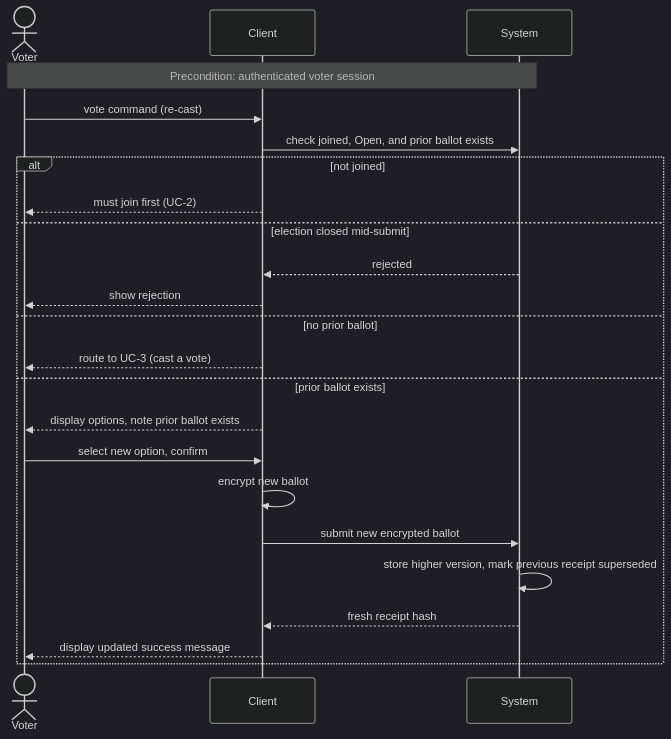
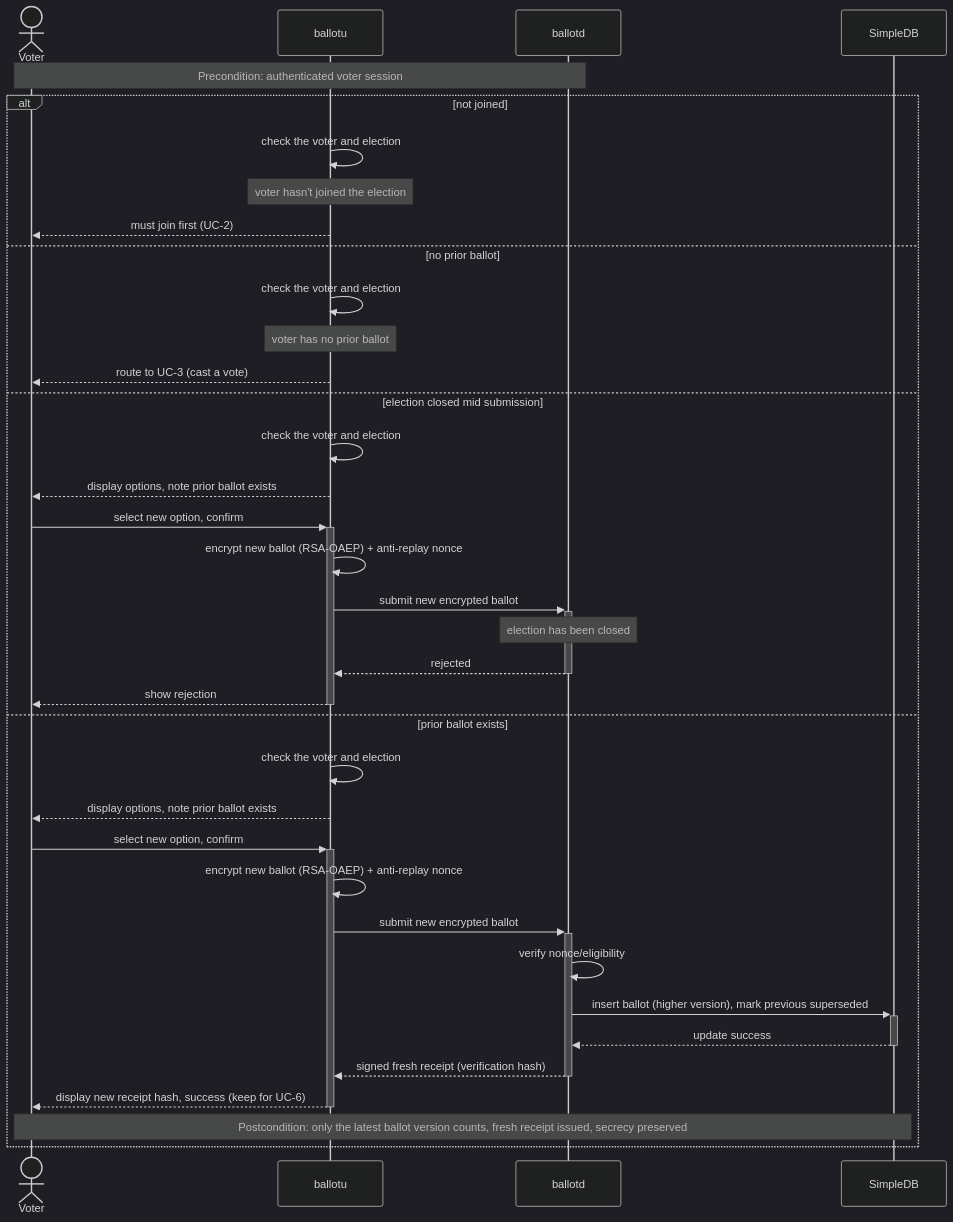
Before and after one commit to JediNakDev/ballotbox: the fifth of 8 diagrams in README.md, drawn with Mermaid (dark theme). The commit also changed other lines of this file, not shown here.

Commit message:
docs: architecture detail

````diff
--- a/README.md
+++ b/README.md
@@ -226,27 +281,40 @@
 ```mermaid
 sequenceDiagram
     actor Voter
-    participant Client
-    participant System
+    participant ballotu
+    participant ballotd
+    participant SimpleDB
 
-    note over Voter,System: Precondition: authenticated voter session
+    note over Voter,ballotd: Precondition: authenticated voter session
 
-    Voter->>Client: vote command (re-cast)
-    Client->>System: check joined, Open, and prior ballot exists
     alt not joined
-        Client-->>Voter: must join first (UC-2)
-    else election closed mid-submit
-        System-->>Client: rejected
-        Client-->>Voter: show rejection
+        ballotu->>ballotu: check the voter and election
+        note over ballotu: voter hasn't joined the election
+        ballotu-->>Voter: must join first (UC-2)
     else no prior ballot
-        Client-->>Voter: route to UC-3 (cast a vote)
+        ballotu->>ballotu: check the voter and election
+        note over ballotu: voter has no prior ballot
+        ballotu-->>Voter: route to UC-3 (cast a vote)
+    else election closed mid submission
+        ballotu->>ballotu: check the voter and election
+        ballotu-->>Voter: display options, note prior ballot exists
+        Voter->>+ballotu: select new option, confirm
+        ballotu->>ballotu: encrypt new ballot (RSA-OAEP) + anti-replay nonce
+        ballotu->>+ballotd: submit new encrypted ballot
+        note over ballotd: election has been closed
+        ballotd-->>-ballotu: rejected
+        ballotu-->>-Voter: show rejection
     else prior ballot exists
-        Client-->>Voter: display options, note prior ballot exists
-        Voter->>Client: select new option, confirm
-        Client->>Client: encrypt new ballot
-        Client->>System: submit new encrypted ballot
-        System->>System: store higher version, mark previous receipt superseded
-        System-->>Client: fresh receipt hash
-        Client-->>Voter: display updated success message
+        ballotu->>ballotu: check the voter and election
+        ballotu-->>Voter: display options, note prior ballot exists
+        Voter->>+ballotu: select new option, confirm
+        ballotu->>ballotu: encrypt new ballot (RSA-OAEP) + anti-replay nonce
+        ballotu->>+ballotd: submit new encrypted ballot
+        ballotd->>ballotd: verify nonce/eligibility
+        ballotd->>+SimpleDB: insert ballot (higher version), mark previous superseded
+        SimpleDB-->>-ballotd: update success
+        ballotd-->>-ballotu: signed fresh receipt (verification hash)
+        ballotu-->>-Voter: display new receipt hash, success (keep for UC-6)
+        note over Voter,SimpleDB: Postcondition: only the latest ballot version counts, fresh receipt issued, secrecy preserved
     end
 ```
````
